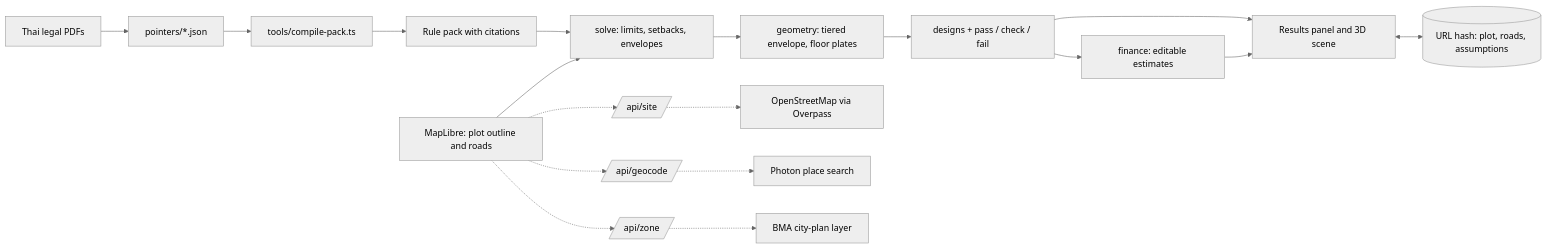
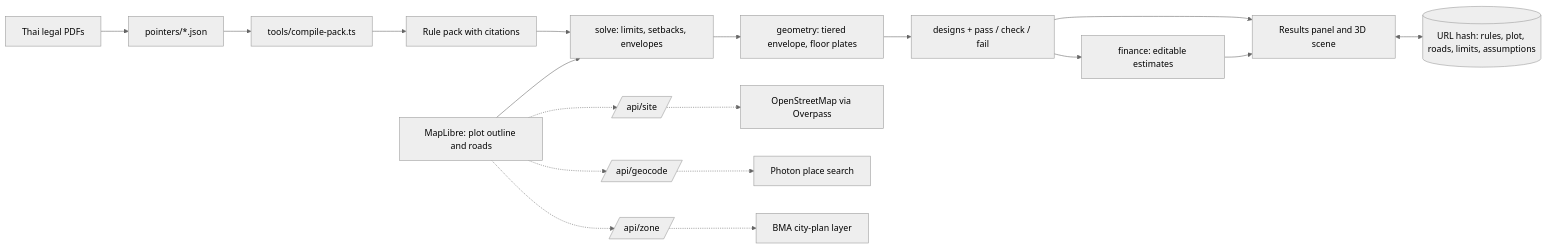
One commit to kunalgoesbyken/plotwise changed the diagram in README.md. Above: the diagram before and after it, drawn with Mermaid (neutral theme). The commit also changed other lines of this file and 3 other files, not shown here.

````diff
--- a/README.md
+++ b/README.md
@@ -26,15 +26,15 @@
 ```mermaid
 flowchart LR
   pdf[Thai legal PDFs] --> pointers[pointers/*.json] --> compile[tools/compile-pack.ts] --> pack[Rule pack with citations]
   pack --> solve[solve: limits, setbacks, envelopes]
   map[MapLibre: plot outline and roads] --> solve
   solve --> geometry[geometry: tiered envelope, floor plates]
   geometry --> designs[designs + pass / check / fail]
   designs --> finance[finance: editable estimates]
   designs --> ui[Results panel and 3D scene]
   finance --> ui
-  ui <--> url[(URL hash: plot, roads, assumptions)]
+  ui <--> url[(URL hash: rules, plot, roads, limits, assumptions)]
   map -.-> site[/api/site/] -.-> osm[OpenStreetMap via Overpass]
   map -.-> geocode[/api/geocode/] -.-> photon[Photon place search]
   map -.-> zone[/api/zone/] -.-> bma[BMA city-plan layer]
 ```
````
